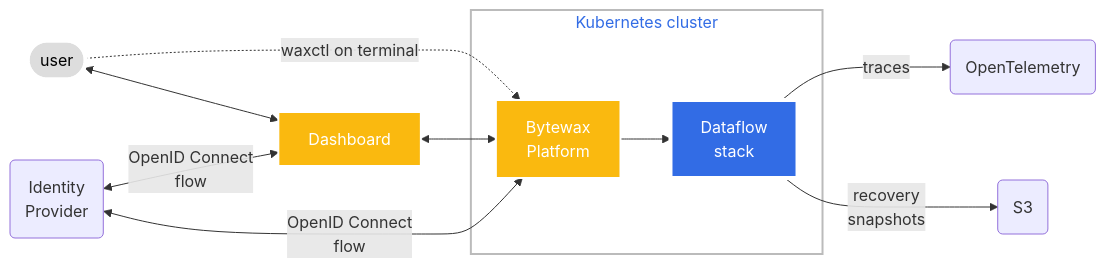
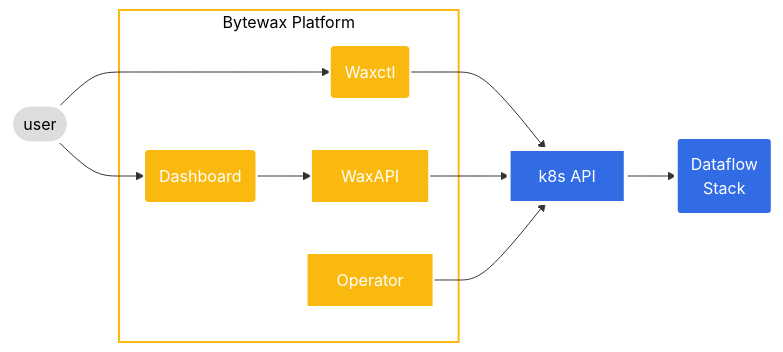
One commit to bytewax/platform-docs-content changed the diagram in concepts/overview.md. Above: the diagram before and after it, drawn with Mermaid. The commit also changed 2 other files, not shown here.

Commit message:
Updating overview and architecture diagrams

````diff
--- a/concepts/overview.md
+++ b/concepts/overview.md
@@ -5,21 +5,25 @@
 ```mermaid
 graph LR;
-  client([user])-.waxctl on terminal.->service[Bytewax<br>Platform];
-  client <--> Dashboard
-  Dashboard <--> service
-  idp(Identity<br>Provider) <--> |OpenID Connect<br>flow|service;
-  idp <--> |OpenID Connect<br>flow|Dashboard
-  pod1 --> |traces|otel(OpenTelemetry);
-  pod1 --> |recovery<br>snapshots|bucket(S3);
-  subgraph Kubernetes cluster
-  service-->pod1[Dataflow<br>stack];
+  client1([user])-->waxctl
+  client1 --> dashboard
+  k8sapi[k8s API]
+  subgraph Bytewax Platform;
+  dashboard(Dashboard)
+  waxctl(Waxctl)
+  waxapi[WaxAPI]
+  operator[Operator]
   end
+  waxctl --> k8sapi;
+  waxapi--> k8sapi
+  dashboard --> waxapi
+  operator --> k8sapi
+  k8sapi --> dataflow(Dataflow<br>Stack)
   classDef plain fill:#ddd,stroke:#fff,stroke-width:4px,color:#000;
   classDef k8s fill:#326ce5,stroke:#fff,stroke-width:4px,color:#fff;
-  classDef cluster fill:#fff,stroke:#bbb,stroke-width:2px,color:#326ce5;
+  classDef cluster fill:#fff,stroke:#fab90f,stroke-width:2px,color:#000;
   classDef bw fill:#fab90f,stroke:#fff,stroke-width:2px,color:#fff;
-  class ingress,pod1 k8s;
-  class client plain;
+  class ingress,k8sapi,dataflow k8s;
+  class client1,client2 plain;
   class cluster cluster;
-  class service,Dashboard bw;
+  class dashboard,waxapi,waxctl,operator bw;
 ```
````
